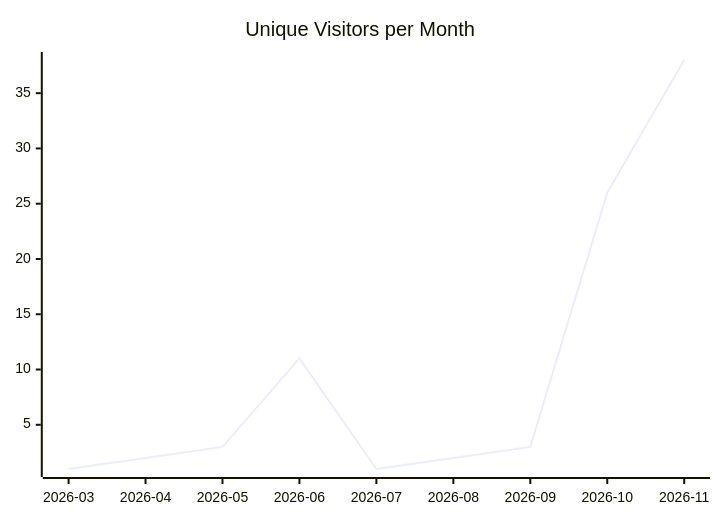
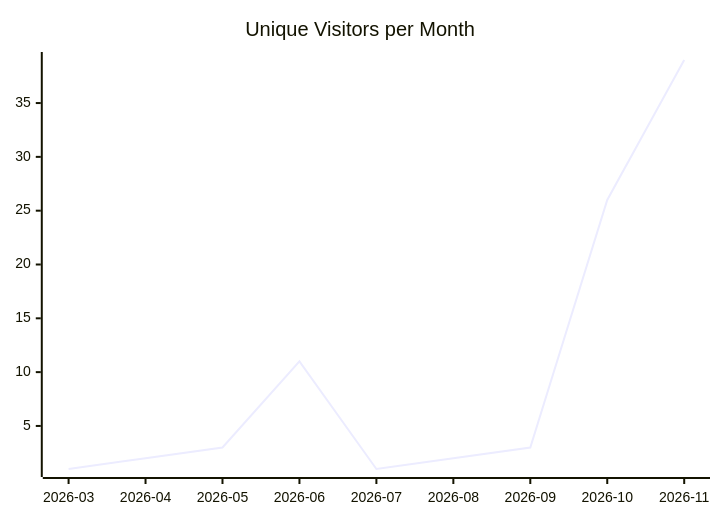
Before and after one commit to justdavis-family/github-analytics-data: the first of 3 diagrams in karlmdavis/justdavis-ansible/README.md, drawn with Mermaid. The commit also changed other lines of this file and 192 other files, not shown here.

````diff
--- a/karlmdavis/justdavis-ansible/README.md
+++ b/karlmdavis/justdavis-ansible/README.md
@@ -5,6 +5,6 @@
 ```mermaid
 xychart-beta
   title "Unique Visitors per Month"
   x-axis ["2026-03", "2026-04", "2026-05", "2026-06", "2026-07", "2026-08", "2026-09", "2026-10", "2026-11"]
-  line [1, 2, 3, 11, 1, 2, 3, 26, 38]
+  line [1, 2, 3, 11, 1, 2, 3, 26, 39]
 ```
````
